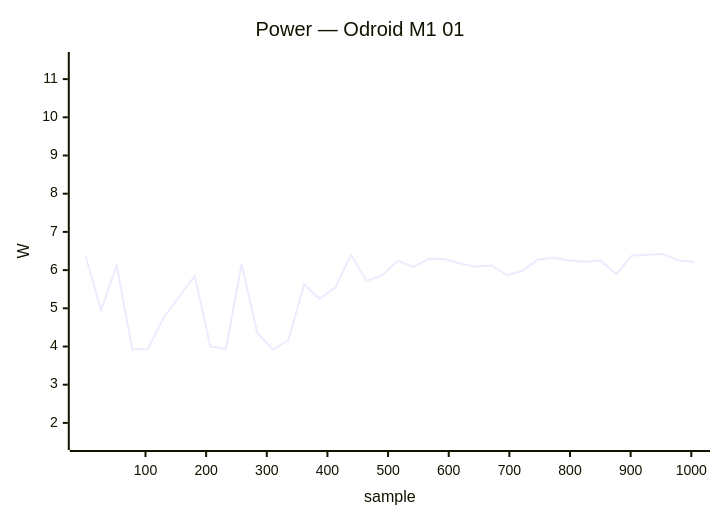
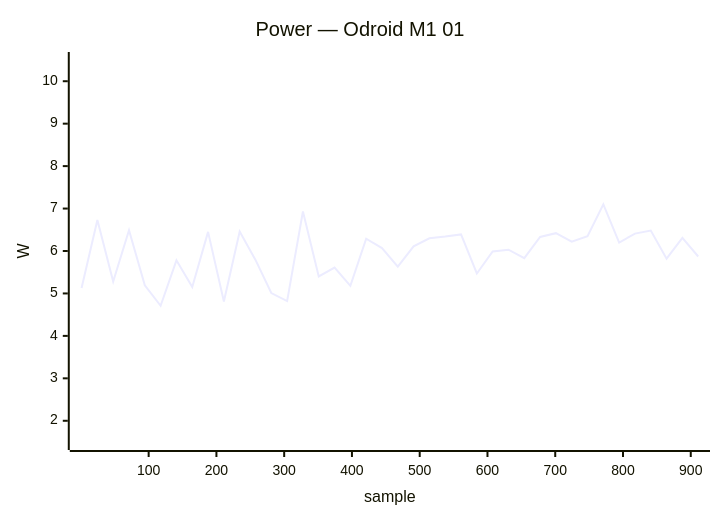
One commit to armbian/documentation changed the second of 40 diagrams in docs/status/board-tests.md. Above: the diagram before and after it, drawn with Mermaid. The commit also changed other lines of this file, not shown here.

````diff
--- a/docs/status/board-tests.md
+++ b/docs/status/board-tests.md
@@ -101,7 +101,7 @@
 ```mermaid
 xychart-beta
     title "Power — Odroid M1 01"
-    x-axis "sample" 1 --> 1005
-    y-axis "W" 1.5 --> 11.5
-    line [6.38, 4.95, 6.12, 3.93, 3.94, 4.75, 5.30, 5.85, 4.00, 3.94, 6.16, 4.36, 3.92, 4.16, 5.63, 5.25, 5.54, 6.40, 5.72, 5.86, 6.24, 6.08, 6.30, 6.29, 6.17, 6.09, 6.12, 5.86, 5.99, 6.28, 6.32, 6.25, 6.22, 6.25, 5.89, 6.38, 6.40, 6.42, 6.25, 6.22]
+    x-axis "sample" 1 --> 911
+    y-axis "W" 1.5 --> 10.5
+    line [5.13, 6.73, 5.28, 6.49, 5.19, 4.71, 5.78, 5.15, 6.45, 4.81, 6.46, 5.79, 5.01, 4.82, 6.93, 5.40, 5.61, 5.18, 6.29, 6.07, 5.63, 6.11, 6.30, 6.34, 6.39, 5.47, 5.99, 6.03, 5.83, 6.33, 6.42, 6.22, 6.35, 7.10, 6.20, 6.41, 6.48, 5.82, 6.31, 5.87]
 ```
````
